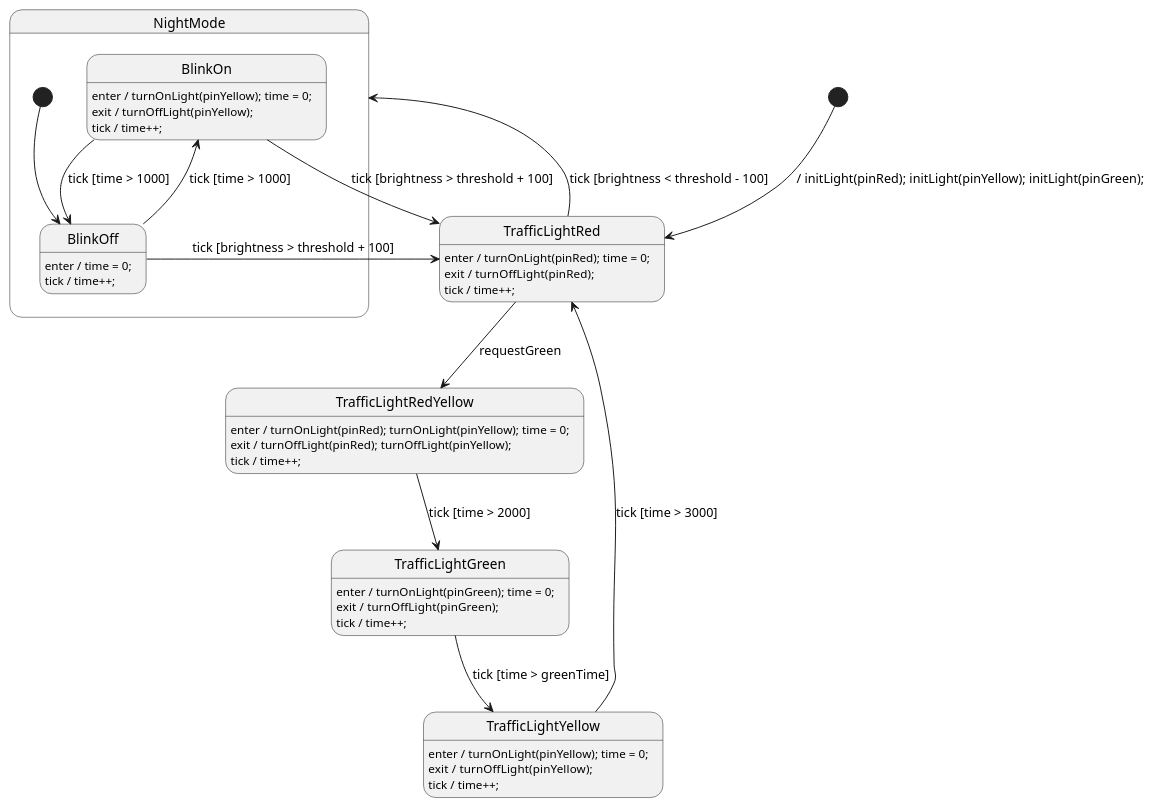
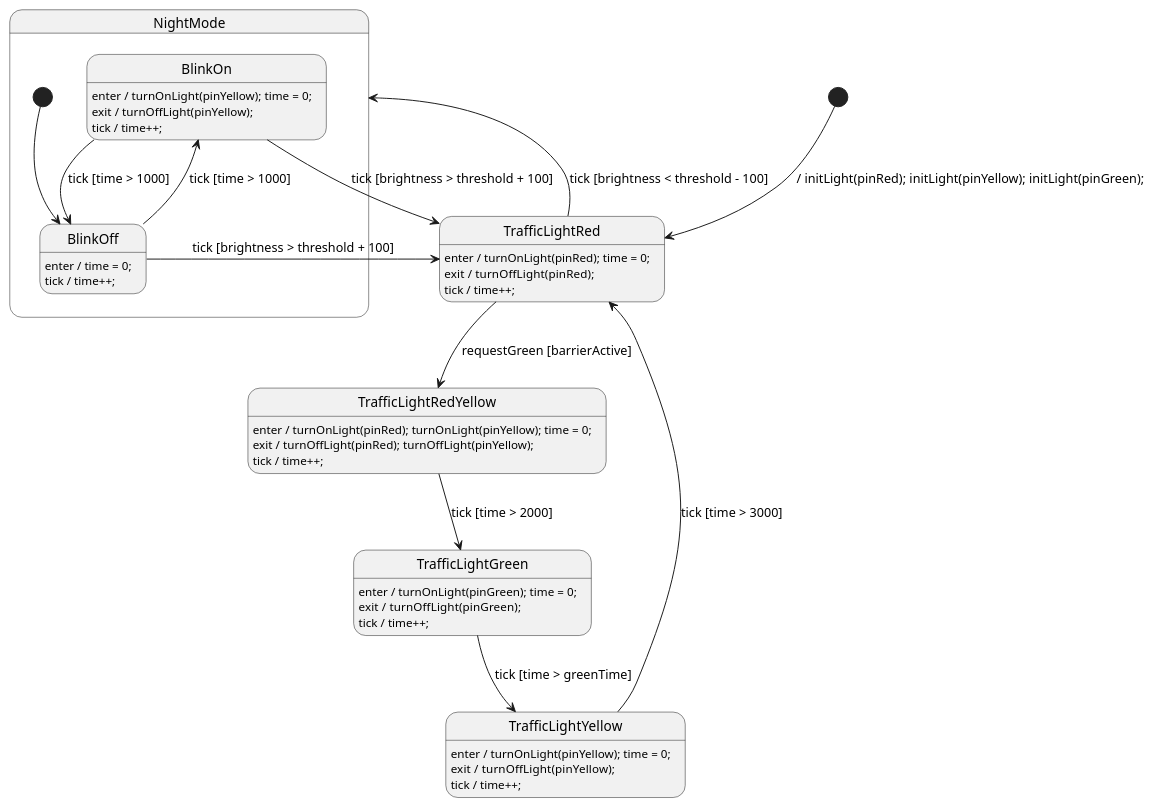
The diagram in State_machine/TrafficLight.plantuml (valentin-haub/esp32-traffic-light-management-system), drawn with PlantUML before and after one commit.

Commit message:
StateMachine angepasst: Guard für 'barrierActice'

```diff
--- a/State_machine/TrafficLight.plantuml
+++ b/State_machine/TrafficLight.plantuml
@@ -1,98 +1,99 @@
 @startuml TrafficLight
 
 ' //////////////////////// STATE ORGANIZATION ///////////////////////
 ' Note: StateSmith treats state names and events as case insensitive.
 ' More info: https://github.com/StateSmith/StateSmith/wiki/PlantUML
 
 state TrafficLightRed
 state TrafficLightRedYellow
 state TrafficLightGreen
 state TrafficLightYellow
 
 state NightMode {
     state BlinkOn
     state BlinkOff
 
     [*] --> BlinkOff
 
     ' BlinkOff
     BlinkOff: enter / time = 0;
     BlinkOff: tick / time++;
     BlinkOff --> BlinkOn : tick [time > 1000]
     BlinkOff --> TrafficLightRed : tick [brightness > threshold + 100]
 
     ' BlinkOn
     BlinkOn: enter / turnOnLight(pinYellow); time = 0;
     BlinkOn: exit / turnOffLight(pinYellow);
     BlinkOn: tick / time++;
     BlinkOn --> BlinkOff : tick [time > 1000]
     BlinkOn --> TrafficLightRed : tick [brightness > threshold + 100]
 }
 
 
 ' ///////////////////////// STATE HANDLERS /////////////////////////
 ' Syntax: https://github.com/StateSmith/StateSmith/wiki/Behaviors
 
 [*] --> TrafficLightRed : / initLight(pinRed); initLight(pinYellow); initLight(pinGreen);
 
 ' TrafficLightRed
 TrafficLightRed: enter / turnOnLight(pinRed); time = 0;
 TrafficLightRed: exit  / turnOffLight(pinRed);
 TrafficLightRed: tick / time++;
-TrafficLightRed --> TrafficLightRedYellow : requestGreen
+TrafficLightRed --> TrafficLightRedYellow : requestGreen [barrierActive]
 TrafficLightRed --> NightMode : tick [brightness < threshold - 100]
 
 ' TrafficLightRedYellow
 TrafficLightRedYellow: enter / turnOnLight(pinRed); turnOnLight(pinYellow); time = 0;
 TrafficLightRedYellow: exit / turnOffLight(pinRed); turnOffLight(pinYellow);
 TrafficLightRedYellow: tick / time++;
 TrafficLightRedYellow --> TrafficLightGreen : tick [time > 2000]
 
 ' TrafficLightGreen
 TrafficLightGreen: enter / turnOnLight(pinGreen); time = 0;
 TrafficLightGreen: exit  / turnOffLight(pinGreen);
 TrafficLightGreen: tick / time++;
 TrafficLightGreen --> TrafficLightYellow : tick [time > greenTime]
 
 ' TrafficLightYellow
 TrafficLightYellow: enter / turnOnLight(pinYellow); time = 0;
 TrafficLightYellow: exit  / turnOffLight(pinYellow);
 TrafficLightYellow: tick / time++;
 TrafficLightYellow --> TrafficLightRed : tick [time > 3000]
 
 
 
 ' //////////////////////// StateSmith config ////////////////////////
 ' The below special comment block sets the StateSmith configuration.
 ' More info: https://github.com/StateSmith/StateSmith/issues/335
 
 /'! $CONFIG : toml
 
 [RenderConfig]
 FileTop = """
     """
 AutoExpandedVars = """
     uint8_t pinRed;
     uint8_t pinYellow;
     uint8_t pinGreen;
 
     uint16_t time;
     uint16_t greenTime;
     uint16_t brightness;
     uint16_t threshold;
+    bool barrierActive;
     """
 
 [RenderConfig.C]
 CFileExtension = ".cpp"
 HFileExtension = ".hpp"
 HFileIncludes = """
     #include <stdint.h> // for time var
     """
 CFileIncludes = """
     #include "driver.hpp"
     """
 
 [SmRunnerSettings]
 transpilerId = "C99"
 '/
 @enduml
```
